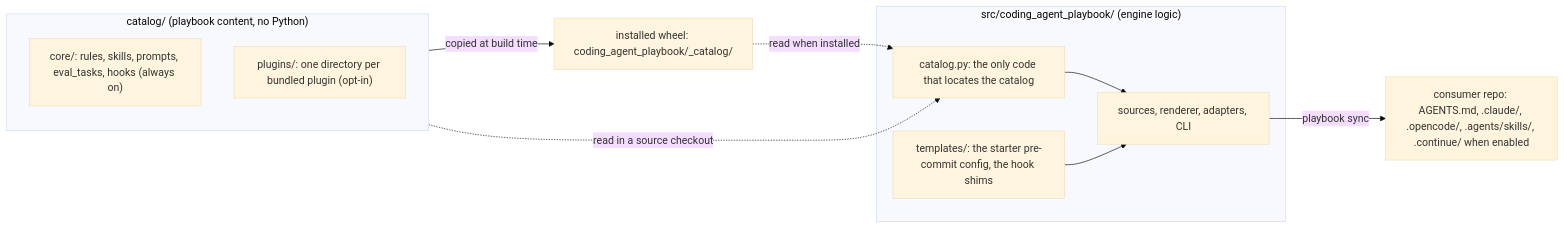
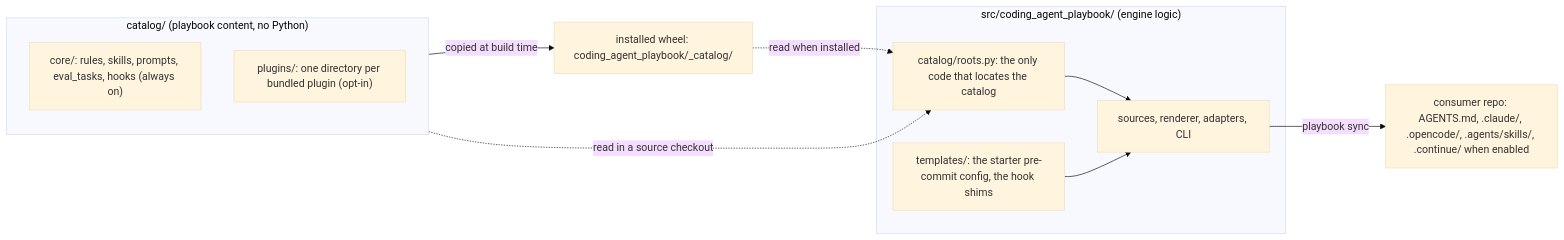
The diagram in README.md (msobroza/coding-agent-playbook), drawn with Mermaid (base theme) before and after one commit. The commit also changed 59 other files, not shown here.

````diff
--- a/README.md
+++ b/README.md
@@ -161,20 +161,20 @@
 ```mermaid
 flowchart LR
     subgraph catalog["catalog/ (playbook content, no Python)"]
         core["core/: rules, skills, prompts, eval_tasks, hooks (always on)"]
         plugins["plugins/: one directory per bundled plugin (opt-in)"]
     end
     subgraph src["src/coding_agent_playbook/ (engine logic)"]
-        resolver["catalog.py: the only code that locates the catalog"]
+        resolver["catalog/roots.py: the only code that locates the catalog"]
         engine["sources, renderer, adapters, CLI"]
         template["templates/: the starter pre-commit config, the hook shims"]
     end
     wheel["installed wheel: coding_agent_playbook/_catalog/"]
     consumer["consumer repo: AGENTS.md, .claude/, .opencode/, .agents/skills/, .continue/ when enabled"]
     catalog -->|"copied at build time"| wheel
     catalog -.->|"read in a source checkout"| resolver
     wheel -.->|"read when installed"| resolver
     resolver --> engine
     template --> engine
     engine -->|"playbook sync"| consumer
 ```
````
